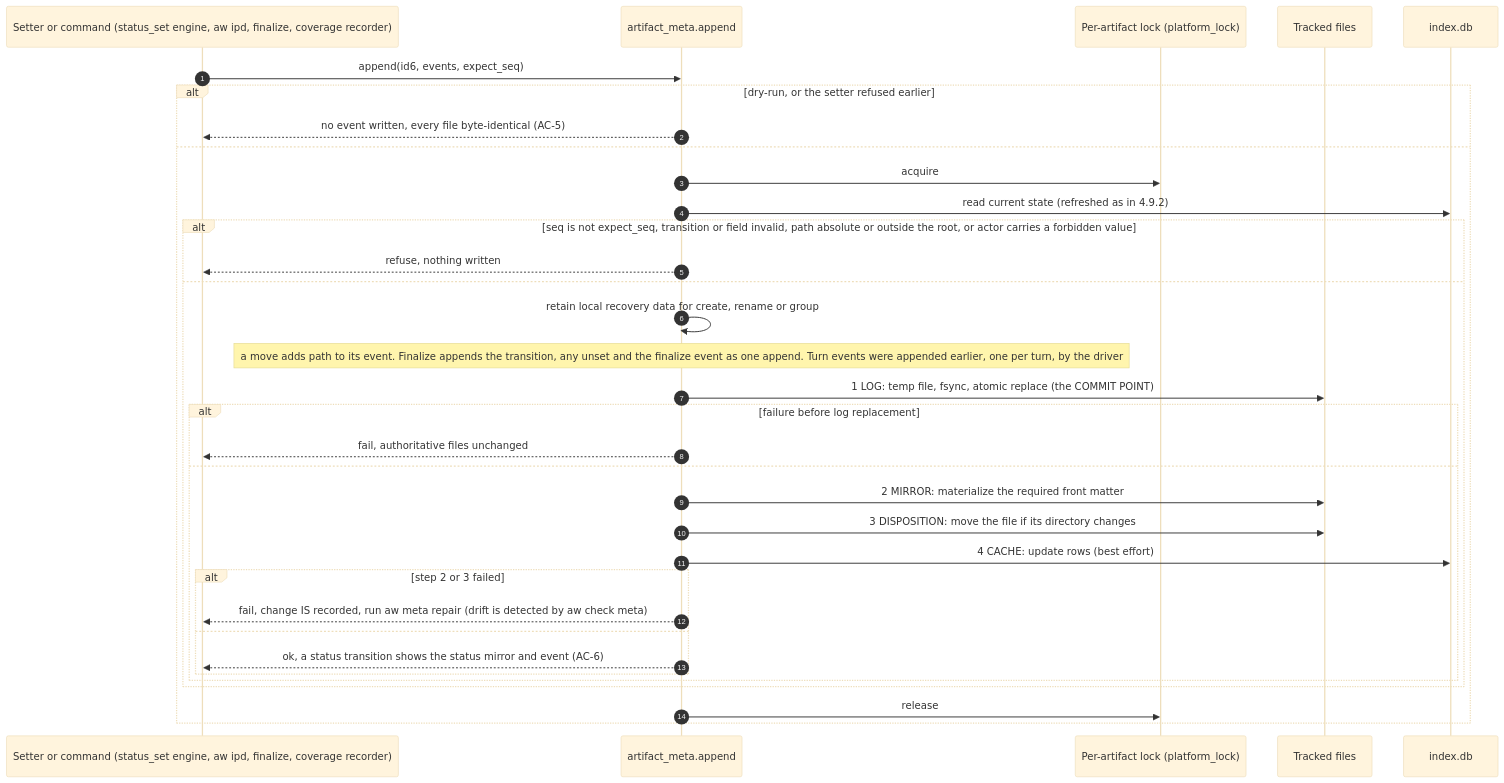
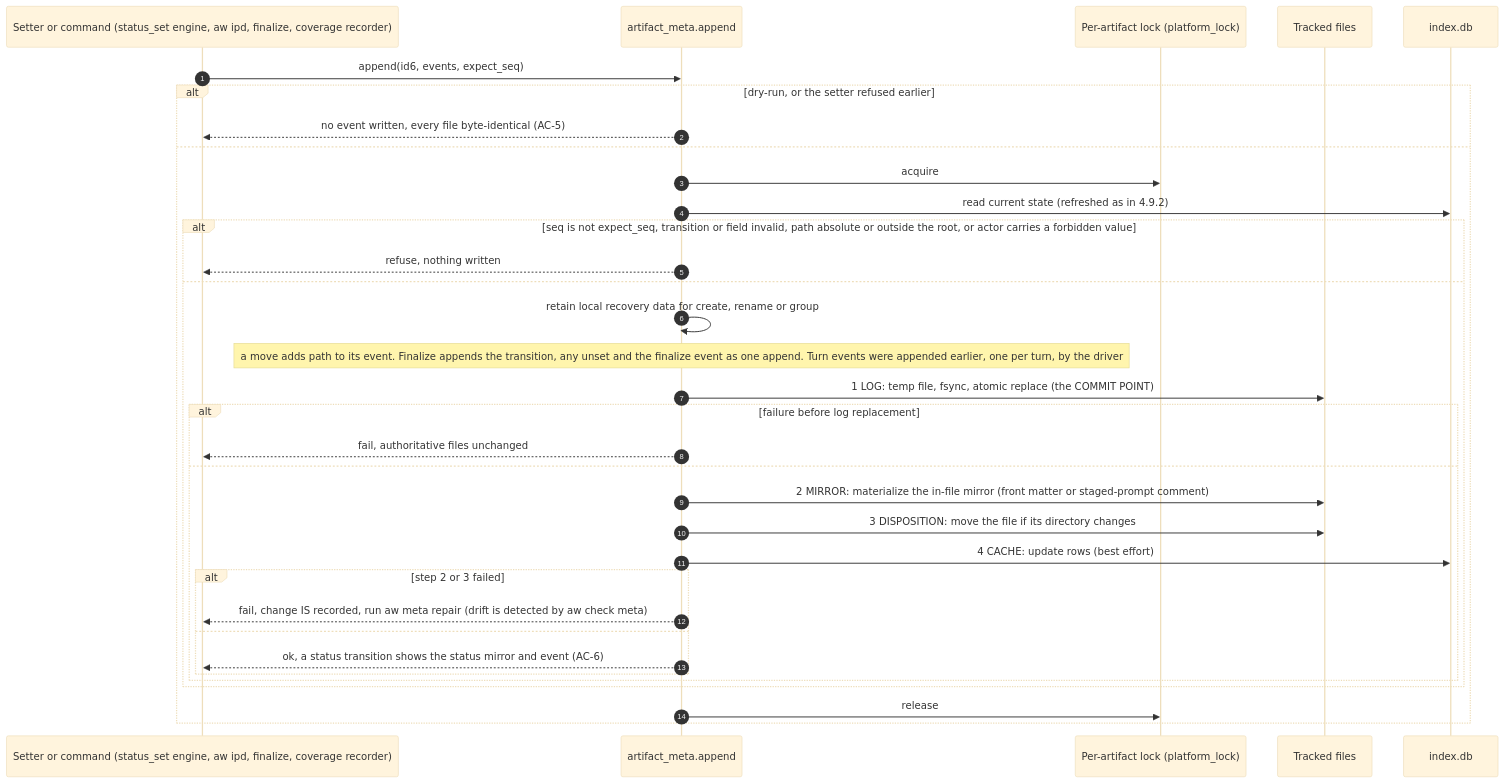
Before and after one commit to fariello/agent-workflows: the seventh of 12 diagrams in .aw/records/specs/reviewed/20260925-metastore-01-4sd62s-artifact-metadata-store.spec.md, drawn with Mermaid (base theme). The commit also changed other lines of this file, not shown here.

````diff
--- a/.aw/records/specs/reviewed/20260925-metastore-01-4sd62s-artifact-metadata-store.spec.md
+++ b/.aw/records/specs/reviewed/20260925-metastore-01-4sd62s-artifact-metadata-store.spec.md
@@ -2109,36 +2131,36 @@
 ```mermaid
 sequenceDiagram
     autonumber
     participant S as Setter or command (status_set engine, aw ipd, finalize, coverage recorder)
     participant M as artifact_meta.append
     participant L as Per-artifact lock (platform_lock)
     participant G as Tracked files
     participant C as index.db
     S->>M: append(id6, events, expect_seq)
     alt dry-run, or the setter refused earlier
         M-->>S: no event written, every file byte-identical (AC-5)
     else
         M->>L: acquire
         M->>C: read current state (refreshed as in 4.9.2)
         alt seq is not expect_seq, transition or field invalid, path absolute or outside the root, or actor carries a forbidden value
             M-->>S: refuse, nothing written
         else
             M->>M: retain local recovery data for create, rename or group
             Note over M: a move adds path to its event. Finalize appends the transition, any unset and the finalize event as one append. Turn events were appended earlier, one per turn, by the driver
             M->>G: 1 LOG: temp file, fsync, atomic replace (the COMMIT POINT)
             alt failure before log replacement
                 M-->>S: fail, authoritative files unchanged
             else
-                M->>G: 2 MIRROR: materialize the required front matter
+                M->>G: 2 MIRROR: materialize the in-file mirror (front matter or staged-prompt comment)
                 M->>G: 3 DISPOSITION: move the file if its directory changes
                 M->>C: 4 CACHE: update rows (best effort)
                 alt step 2 or 3 failed
                     M-->>S: fail, change IS recorded, run aw meta repair (drift is detected by aw check meta)
                 else
                     M-->>S: ok, a status transition shows the status mirror and event (AC-6)
                 end
             end
         end
         M->>L: release
     end
 ```
````
